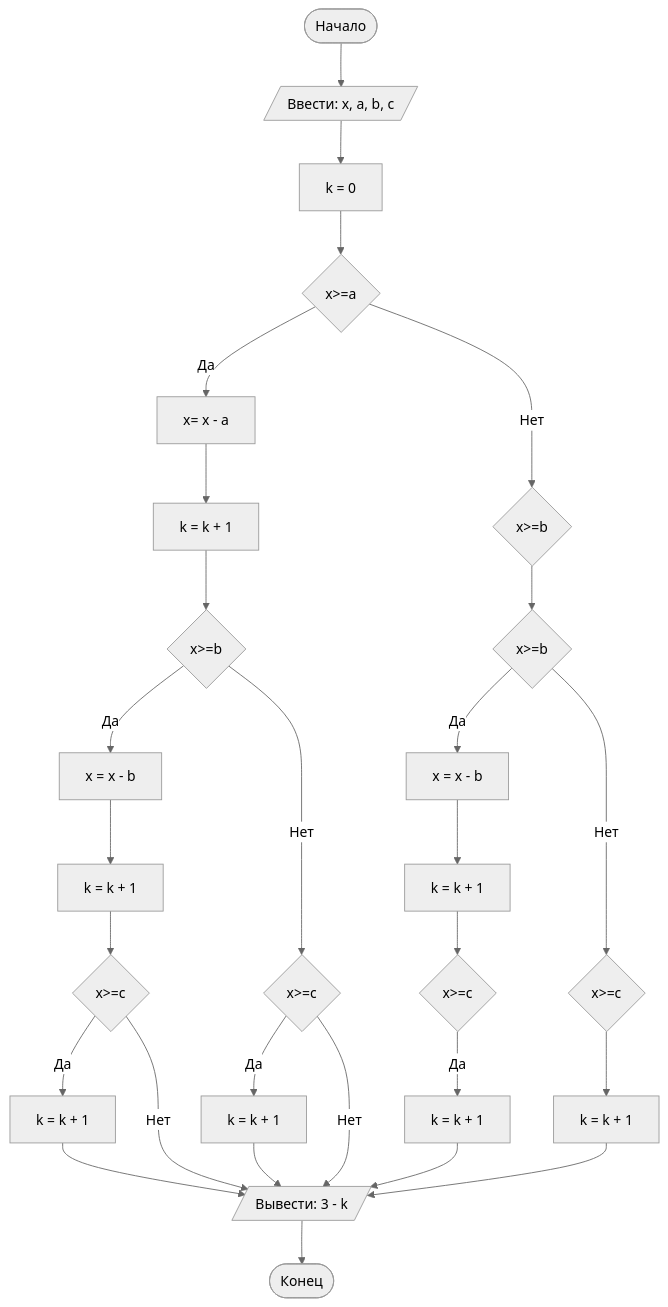
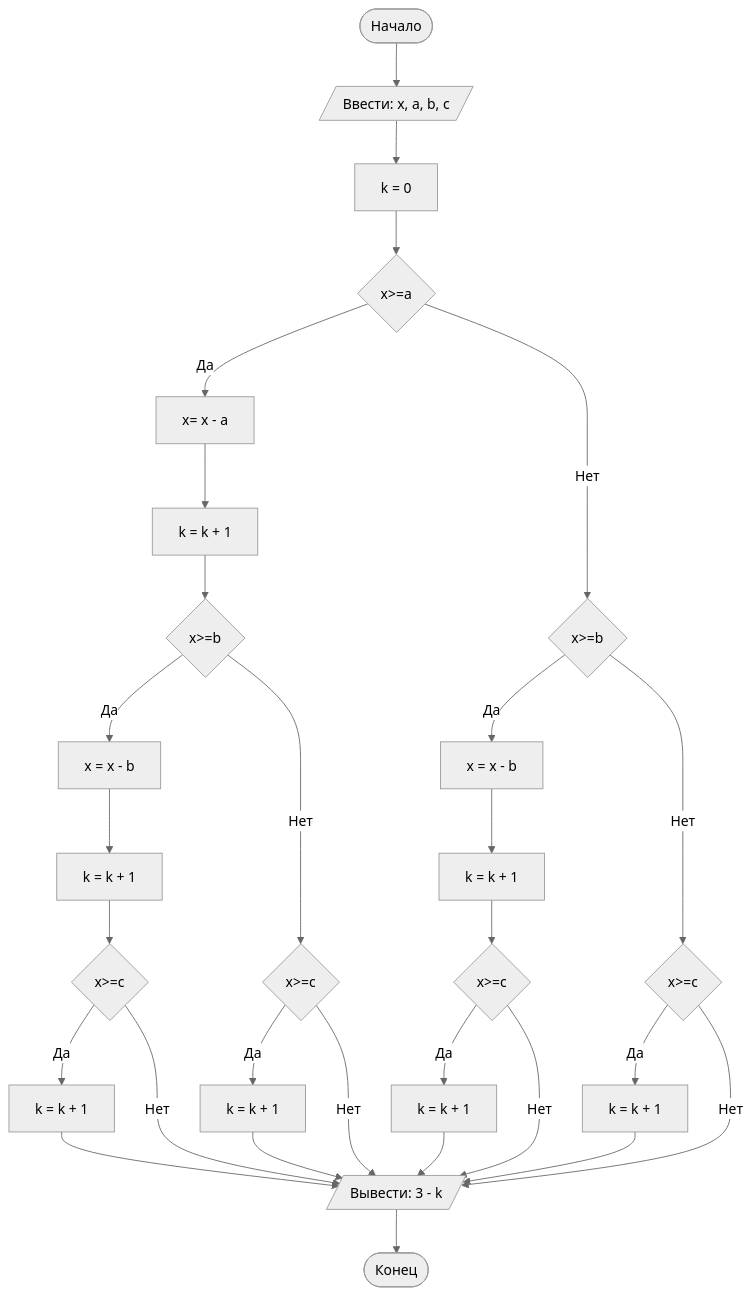
The diagram in README.md (DariaVazh/Lab1), drawn with Mermaid (neutral theme) before and after one commit.

````diff
--- a/README.md
+++ b/README.md
@@ -42,31 +42,33 @@
 ```mermaid
 graph TD
 A([Начало]) --> B[/Ввести: x, a, b, c/]
 B --> C[k = 0]
 C --> D{x>=a}
 D -- Да --> E[x= x - a]
-D -- Нет --> Z{x>=b}
+D -- Нет --> L{x>=b}
 E --> F[k = k + 1]
 F --> G{x>=b}
 G -- Да --> H[x = x - b]
 H --> I[k = k + 1]
 I --> uC{x>=c}
 uC -- Да --> vc[k = k + 1]
 vc --> preEnd
 uC -- Нет --> preEnd
 G -- Нет --> J{x>=c}
 J -- Да --> K[k = k + 1] 
 J -- Нет --> preEnd[/Вывести: 3 - k/]
 
-Z --> L{x>=b}
+
 L -- Да --> M[x = x - b]
 M --> O[k = k + 1]
 O --> P{x>=c}
 P -- Да --> Q[k = k + 1]
 Q --> preEnd
+P -- Нет --> preEnd
 L --Нет --> R{x>=c}
-R --> S[k = k + 1]
+R --Да --> S[k = k + 1]
+R -- Нет --> preEnd
 S --> preEnd
 K --> preEnd
 preEnd --> End([Конец])
 ``` 
````
